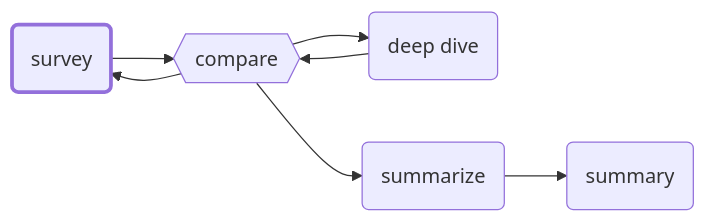
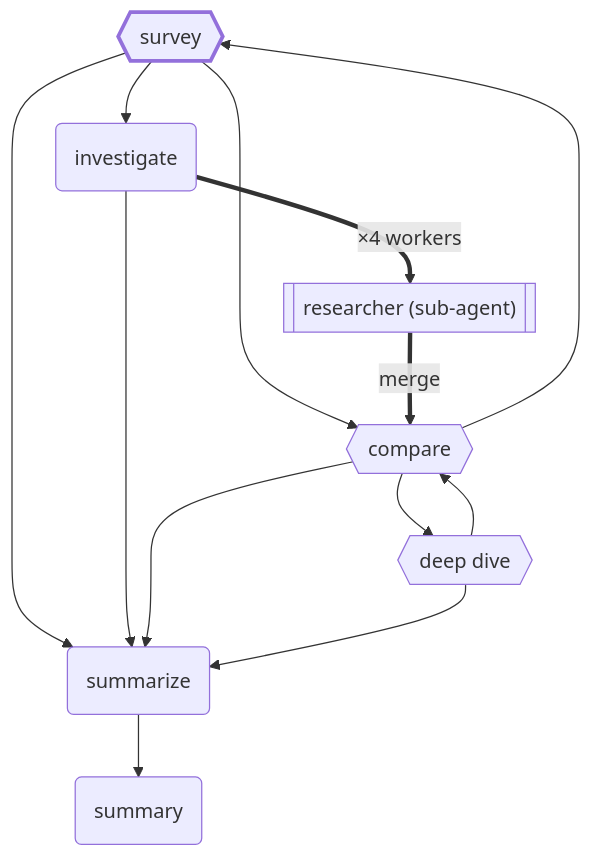
Before and after one commit to GEMISIS/leviath: the diagram in docs/assets/agents/src/wide-researcher.mmd, drawn with Mermaid. The commit also changed 52 other files, not shown here.

```diff
--- a/docs/assets/agents/src/wide-researcher.mmd
+++ b/docs/assets/agents/src/wide-researcher.mmd
@@ -1,14 +1,22 @@
-flowchart LR
-    survey(survey)
+flowchart TD
+    survey{{survey}}
+    investigate(investigate)
     compare{{compare}}
-    deep_dive(deep dive)
+    deep_dive{{deep dive}}
     summarize(summarize)
     summary(summary)
+    investigate_workers[["researcher (sub-agent)"]]
+    survey --> investigate
     survey --> compare
+    survey --> summarize
+    investigate ==>|×4 workers| investigate_workers
+    investigate_workers ==>|merge| compare
+    investigate --> summarize
     compare --> survey
     compare --> deep_dive
     compare --> summarize
     deep_dive --> compare
+    deep_dive --> summarize
     summarize --> summary
     classDef entry stroke-width:3px
     class survey entry
```
